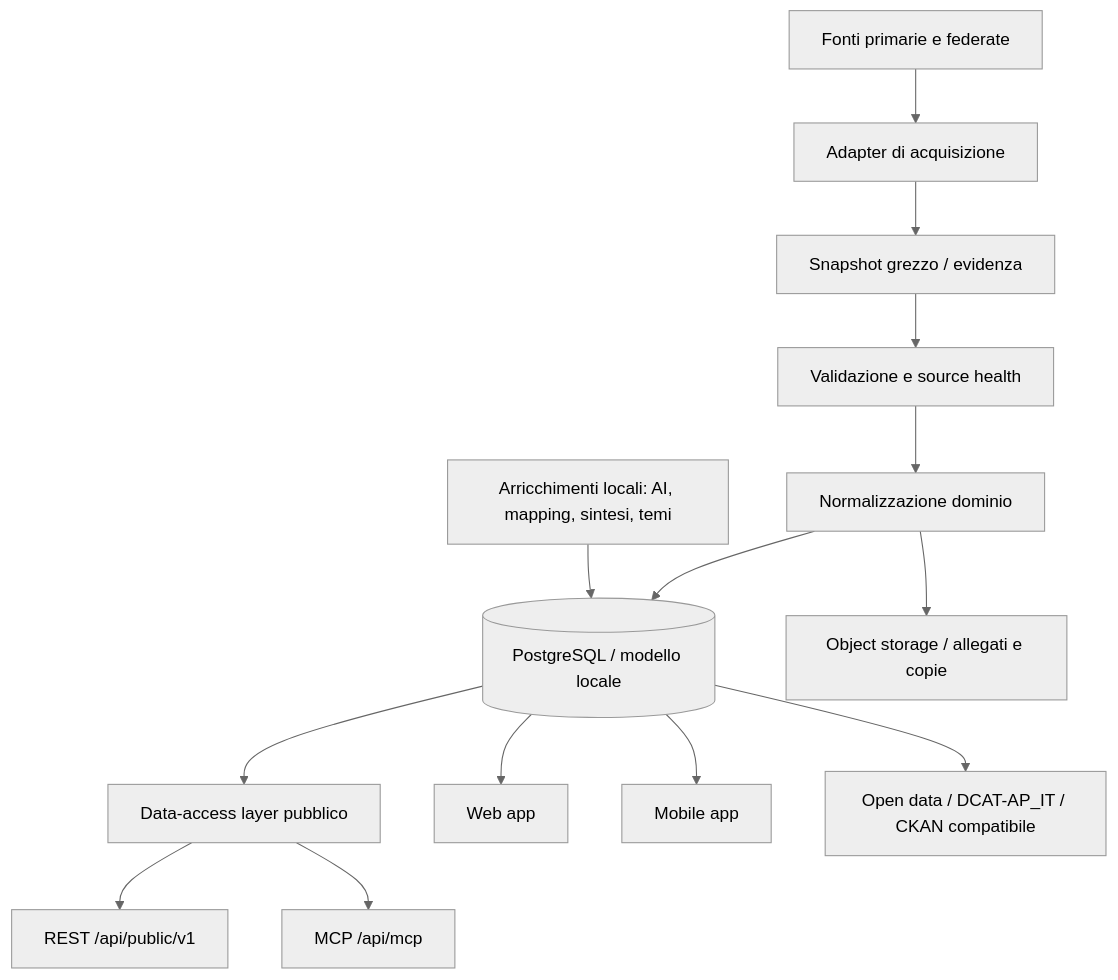
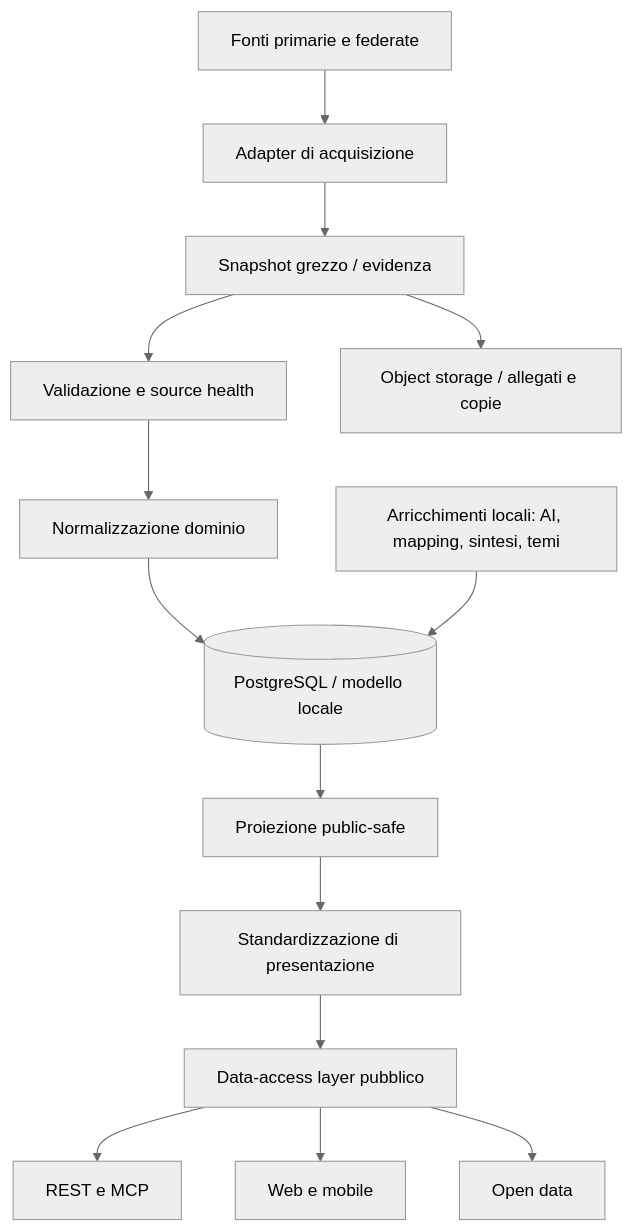
Before and after one commit to colazeta/Lamezia-Trasparente-Monitor: the diagram in docs/architecture/integrations-overview.md, drawn with Mermaid (neutral theme). The commit also changed other lines of this file and 27 other files, not shown here.

Commit message:
feat(data): add safe publication standardisation layer (#762)

````diff
--- a/docs/architecture/integrations-overview.md
+++ b/docs/architecture/integrations-overview.md
@@ -11,16 +11,16 @@
 ```mermaid
 flowchart TD
   A[Fonti primarie e federate] --> B[Adapter di acquisizione]
   B --> C[Snapshot grezzo / evidenza]
   C --> D[Validazione e source health]
   D --> E[Normalizzazione dominio]
   E --> F[(PostgreSQL / modello locale)]
-  E --> G[Object storage / allegati e copie]
-  F --> H[Data-access layer pubblico]
-  H --> I[REST /api/public/v1]
-  H --> J[MCP /api/mcp]
-  F --> K[Web app]
-  F --> L[Mobile app]
-  F --> M[Open data / DCAT-AP_IT / CKAN compatibile]
+  C --> G[Object storage / allegati e copie]
+  F --> H[Proiezione public-safe]
+  H --> I[Standardizzazione di presentazione]
+  I --> J[Data-access layer pubblico]
+  J --> K[REST e MCP]
+  J --> L[Web e mobile]
+  J --> M[Open data]
   N[Arricchimenti locali: AI, mapping, sintesi, temi] --> F
 ```
````
